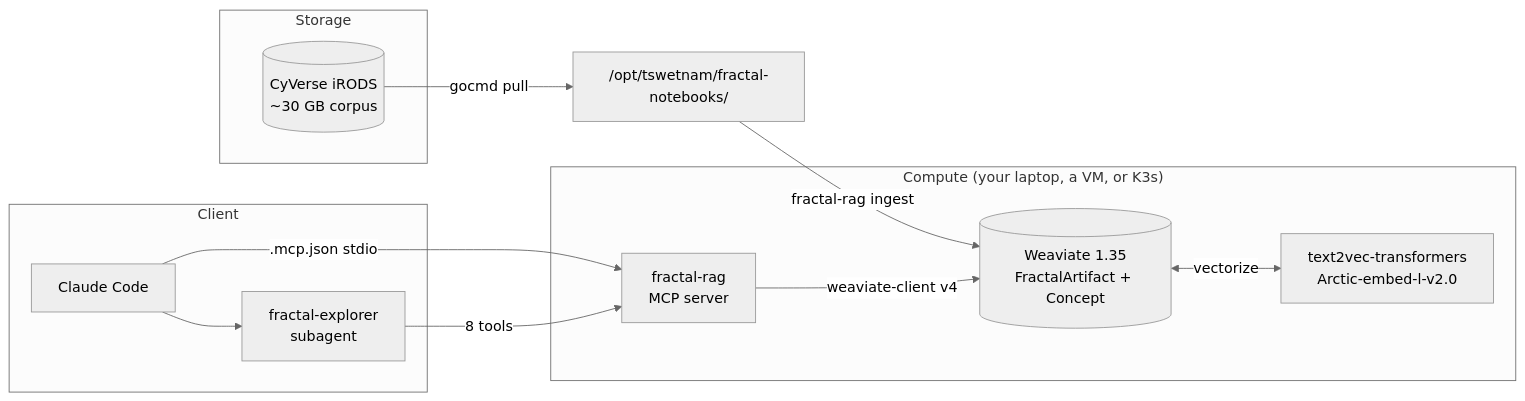
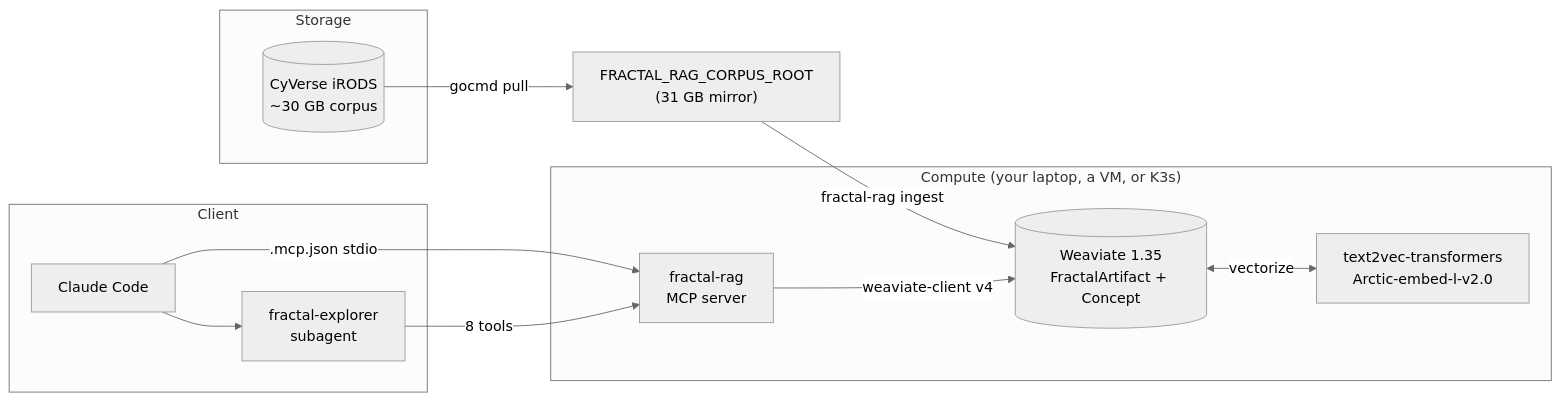
The diagram in docs/fractal-rag/index.md (tyson-swetnam/fractal-notebooks), drawn with Mermaid (neutral theme) before and after one commit. The commit also changed other lines of this file and 4 other files, not shown here.

````diff
--- a/docs/fractal-rag/index.md
+++ b/docs/fractal-rag/index.md
@@ -24,23 +24,23 @@
 ```mermaid
 flowchart LR
   subgraph "Storage"
     iRODS[(CyVerse iRODS<br/>~30 GB corpus)]
   end
   subgraph "Compute (your laptop, a VM, or K3s)"
     Weaviate[(Weaviate 1.35<br/>FractalArtifact + Concept)]
     T2V[text2vec-transformers<br/>Arctic-embed-l-v2.0]
     MCP[fractal-rag<br/>MCP server]
   end
   subgraph "Client"
     CC[Claude Code]
     Agent[fractal-explorer<br/>subagent]
   end
 
-  iRODS -->|gocmd pull| Local["/opt/tswetnam/fractal-notebooks/"]
+  iRODS -->|gocmd pull| Local["FRACTAL_RAG_CORPUS_ROOT<br/>(31 GB mirror)"]
   Local -->|fractal-rag ingest| Weaviate
   Weaviate <-->|vectorize| T2V
   MCP -->|weaviate-client v4| Weaviate
   CC -->|.mcp.json stdio| MCP
   CC --> Agent
   Agent -->|8 tools| MCP
 ```
````
